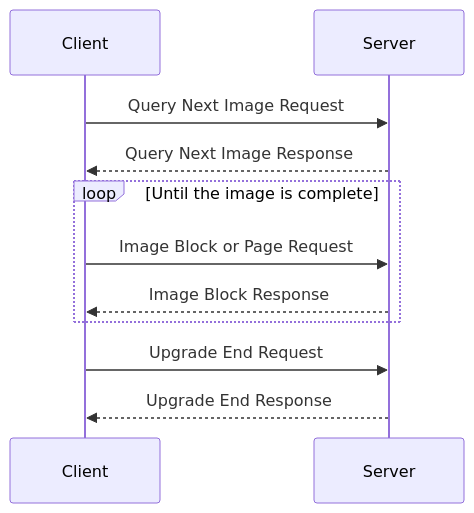
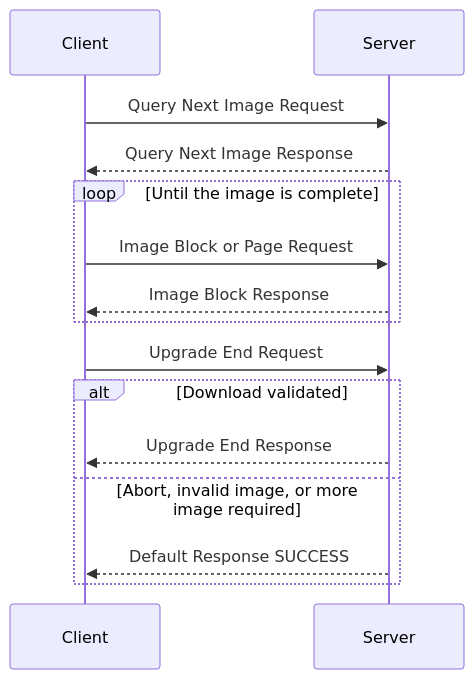
One commit to PaulmannLighting/apis-saltans changed the diagram in zcl/ARCHITECTURE.md. Above: the diagram before and after it, drawn with Mermaid. The commit also changed other lines of this file and 28 other files, not shown here.

````diff
--- a/zcl/ARCHITECTURE.md
+++ b/zcl/ARCHITECTURE.md
@@ -79,13 +83,17 @@
 ```mermaid
 sequenceDiagram
     participant Client
     participant Server
     Client->>Server: Query Next Image Request
     Server-->>Client: Query Next Image Response
     loop Until the image is complete
         Client->>Server: Image Block or Page Request
         Server-->>Client: Image Block Response
     end
     Client->>Server: Upgrade End Request
-    Server-->>Client: Upgrade End Response
+    alt Download validated
+        Server-->>Client: Upgrade End Response
+    else Abort, invalid image, or more image required
+        Server-->>Client: Default Response SUCCESS
+    end
 ```
````
